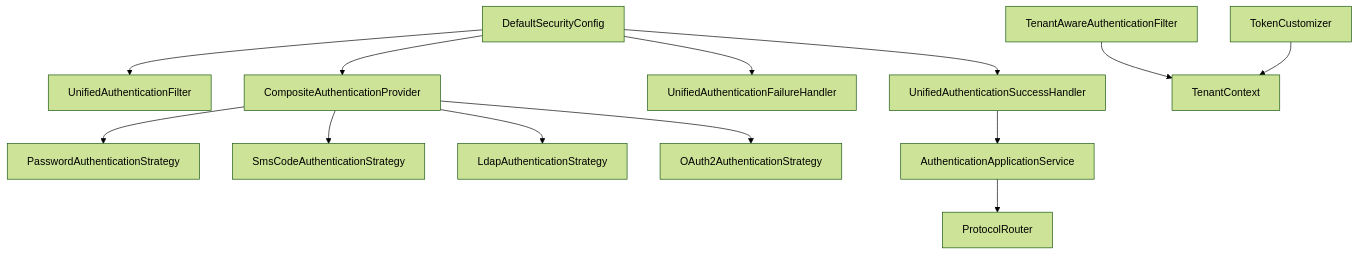
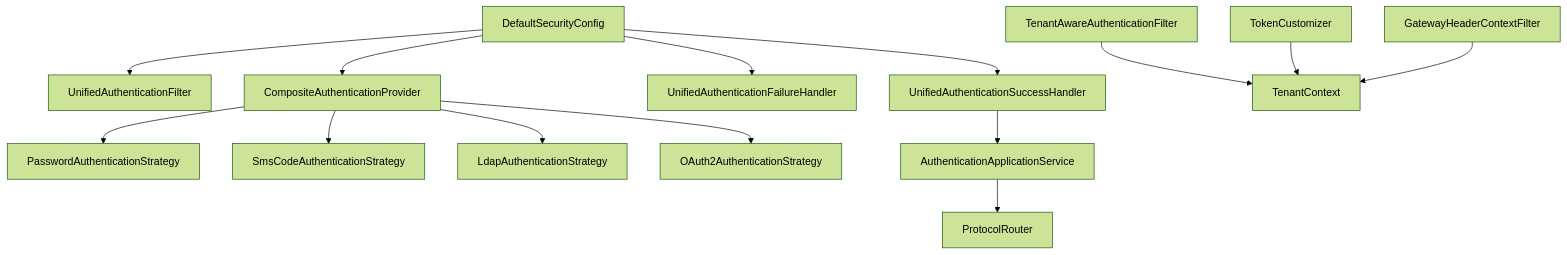
One commit to fq0121104930716/iam-platform changed the ninth of 9 diagrams in .qoder/repowiki/zh/content/项目概述/项目结构/认证服务器 (iam-auth-server)/安全过滤器.md. Above: the diagram before and after it, drawn with Mermaid (forest theme). The commit also changed other lines of this file and 13 other files, not shown here.

````diff
--- a/.qoder/repowiki/zh/content/项目概述/项目结构/认证服务器 (iam-auth-server)/安全过滤器.md
+++ b/.qoder/repowiki/zh/content/项目概述/项目结构/认证服务器 (iam-auth-server)/安全过滤器.md
@@ -336,15 +348,16 @@
 ```mermaid
 graph TB
 DSC["DefaultSecurityConfig"] --> UAF["UnifiedAuthenticationFilter"]
 DSC --> UAH["UnifiedAuthenticationSuccessHandler"]
 DSC --> FAH["UnifiedAuthenticationFailureHandler"]
 DSC --> CAP["CompositeAuthenticationProvider"]
 CAP --> PAS["PasswordAuthenticationStrategy"]
 CAP --> SAS["SmsCodeAuthenticationStrategy"]
 CAP --> LAS["LdapAuthenticationStrategy"]
 CAP --> OAS["OAuth2AuthenticationStrategy"]
 UAH --> APP["AuthenticationApplicationService"]
 APP --> PR["ProtocolRouter"]
 TAC["TenantAwareAuthenticationFilter"] --> TC["TenantContext"]
 TK["TokenCustomizer"] --> TC
+GHC["GatewayHeaderContextFilter"] --> TC
 ```
````
